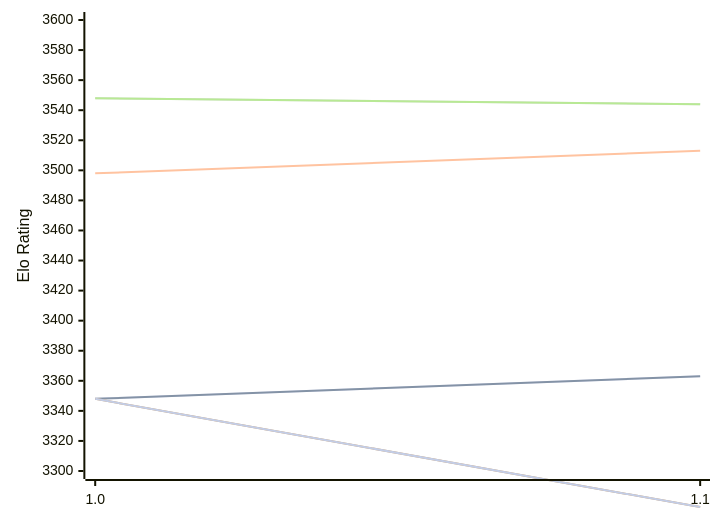
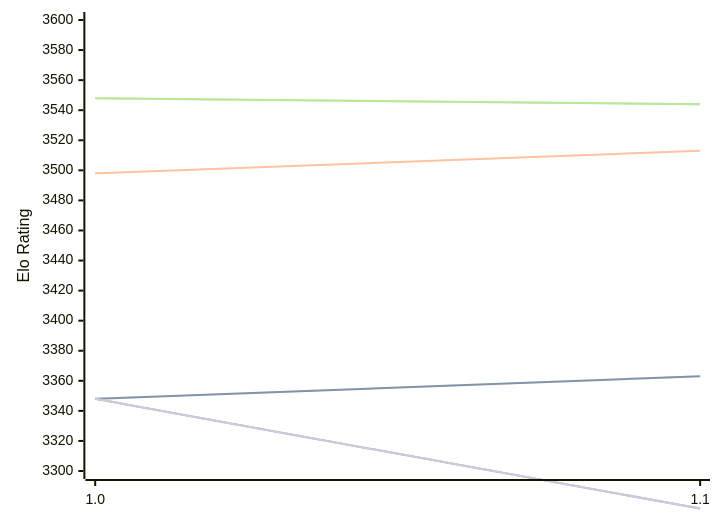
The diagram in engines/Horsie.md (computer-chess-index/cci), drawn with Mermaid before and after one commit. The commit also changed other lines of this file, not shown here.

````diff
--- a/engines/Horsie.md
+++ b/engines/Horsie.md
@@ -48,13 +48,13 @@
 ```mermaid
 %%{init: {"theme":"base","themeVariables":{"seriesColors:['#a3a3a3','#222221','#faa371']}}}%%
 xychart-beta
   x-axis ["1.0", "1.1"]
   y-axis "Elo Rating" 3300 --> 3600
   line "" [3348, 3363]
   line "T1: STC (8.0+0.08s)" [3348, 3363]
   line "T1: LTC (60.0+0.60s)" [3498, 3513]
   line "" [3548, 3544]
   line "T1: VLTC (2m24s+1.12s)" [3548, 3544]
-  line "" [3348,3276]
-  line "E1: STC (8.0+0.08s)" [3348,3276]
+  line "" [3348,3275]
+  line "E1: STC (8.0+0.08s)" [3348,3275]
 ```
````
